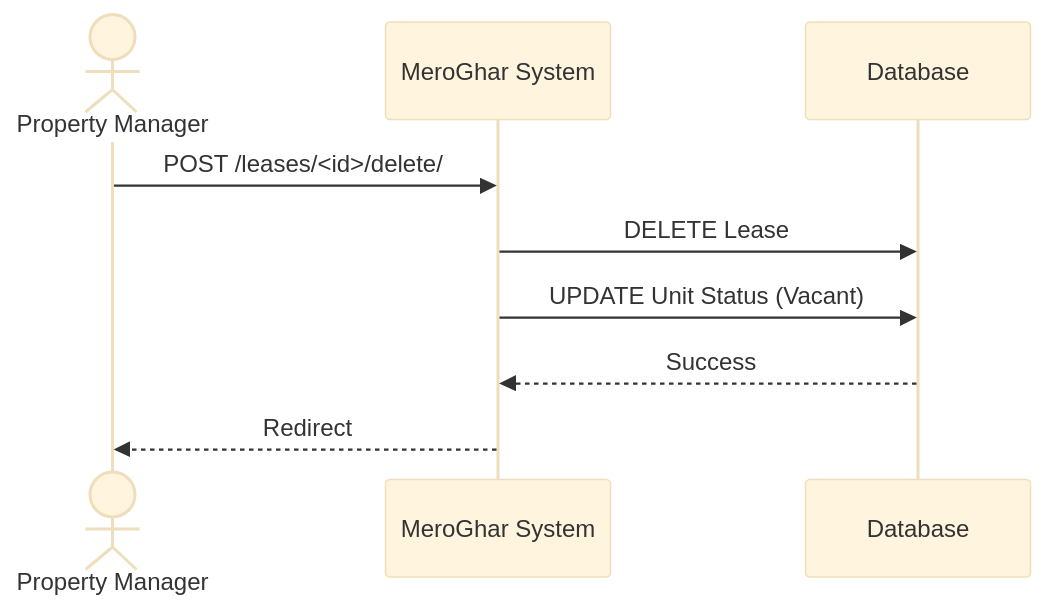
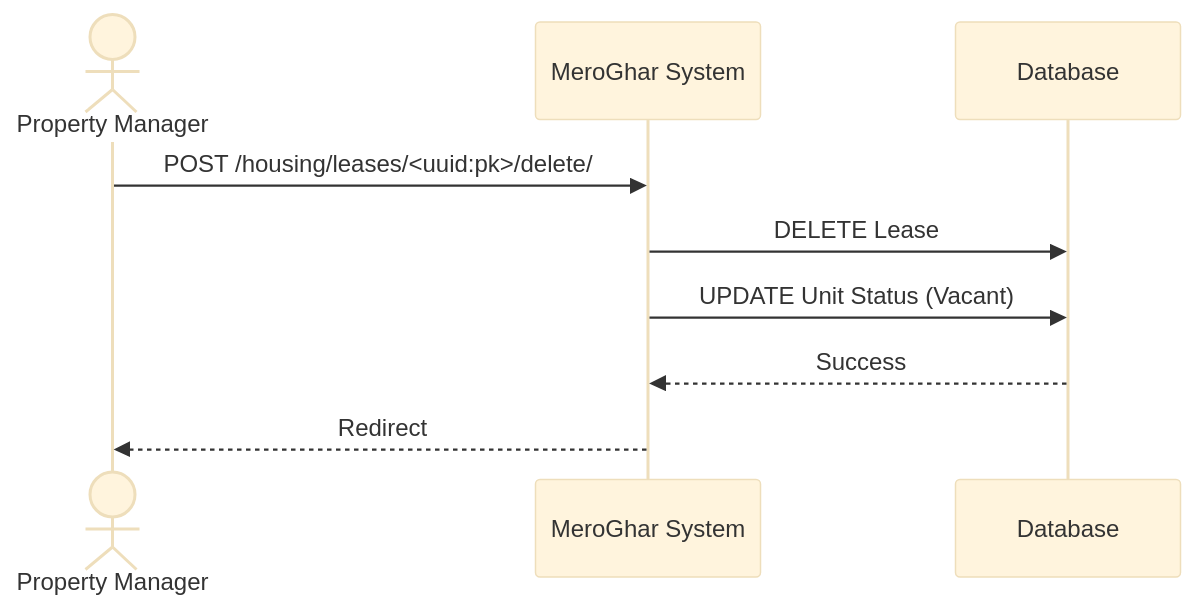
One commit to 0Ankit0/meroghar changed the fourth of 4 diagrams in docs/workflows/lease.md. Above: the diagram before and after it, drawn with Mermaid (base theme). The commit also changed other lines of this file and 12 other files, not shown here.

````diff
--- a/docs/workflows/lease.md
+++ b/docs/workflows/lease.md
@@ -85,12 +85,12 @@
 ```mermaid
 sequenceDiagram
     actor Manager as Property Manager
     participant System as MeroGhar System
     participant DB as Database
 
-    Manager->>System: POST /leases/<id>/delete/
+    Manager->>System: POST /housing/leases/<uuid:pk>/delete/
     System->>DB: DELETE Lease
     System->>DB: UPDATE Unit Status (Vacant)
     DB-->>System: Success
     System-->>Manager: Redirect
 ```
````
